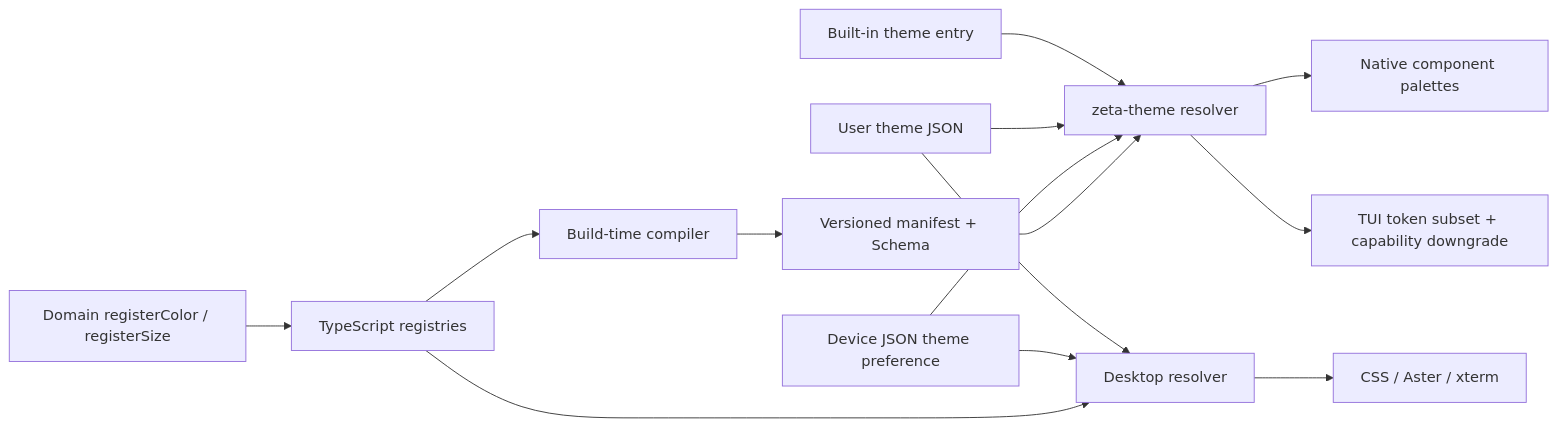
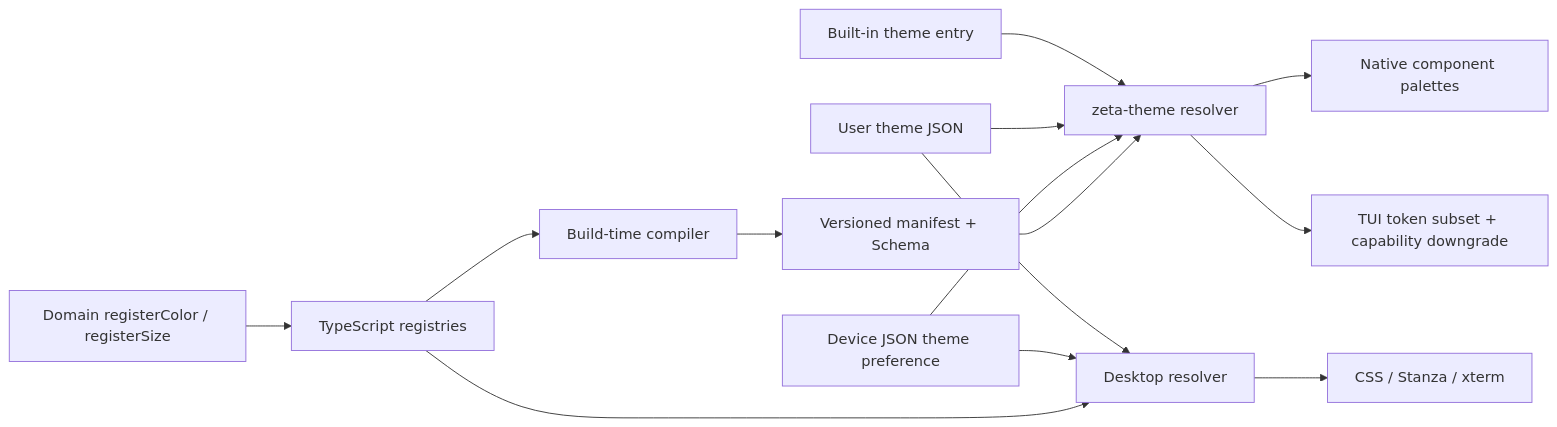
One commit to chogng/zeta changed the diagram in docs/design-tokens.md. Above: the diagram before and after it, drawn with Mermaid. The commit also changed other lines of this file and 349 other files, not shown here.

````diff
--- a/docs/design-tokens.md
+++ b/docs/design-tokens.md
@@ -39,16 +39,16 @@
 ```mermaid
 flowchart LR
   A["Domain registerColor / registerSize"] --> B["TypeScript registries"]
   B --> C["Build-time compiler"]
   C --> D["Versioned manifest + Schema"]
   B --> E["Desktop resolver"]
   D --> F["zeta-theme resolver"]
   G["Device JSON theme preference"] --> E
   G --> F
   L["User theme JSON"] --> E
   L --> F
   K["Built-in theme entry"] --> F
-  E --> H["CSS / Aster / xterm"]
+  E --> H["CSS / Stanza / xterm"]
   F --> I["Native component palettes"]
   F --> J["TUI token subset + capability downgrade"]
 ```
````
